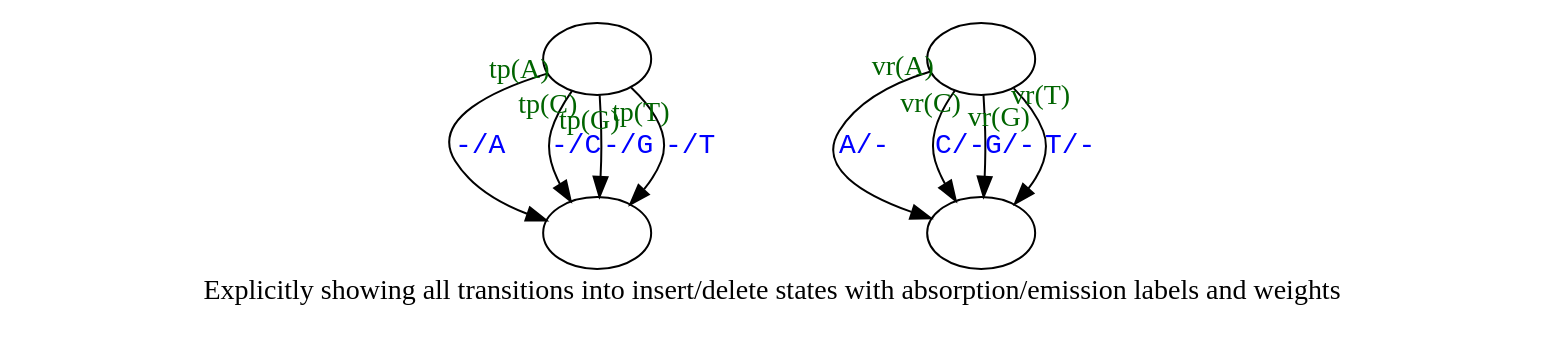
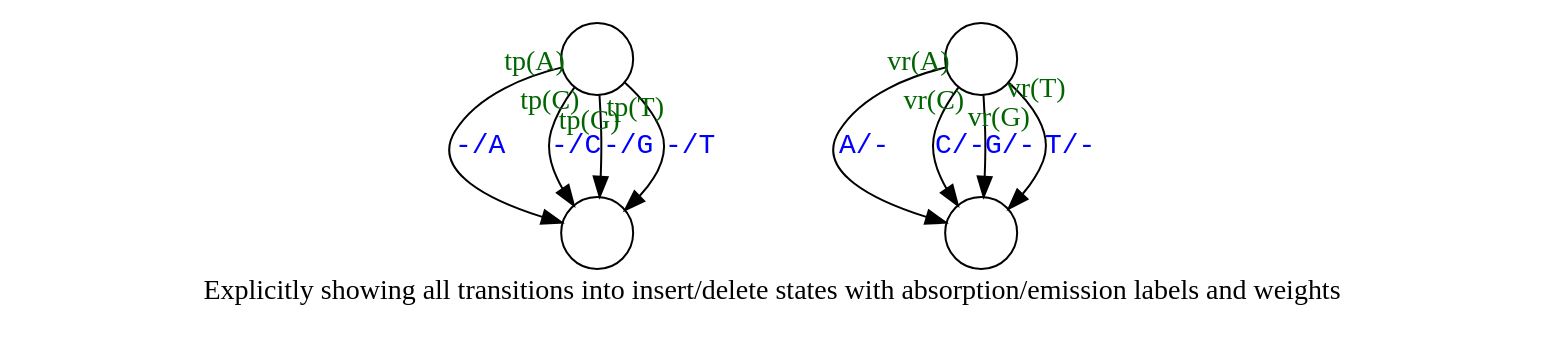
The diagram in fanned-indel.dot (ihh/transducer-tutorial), drawn with Graphviz before and after one commit. The commit also changed 7 other files, not shown here.

```diff
--- a/fanned-indel.dot
+++ b/fanned-indel.dot
@@ -1,22 +1,22 @@
 digraph G {
 
-    S [label=""];
+    S [label="", shape=circle];
 
-    I [label=""];
+    I [label="", shape=circle];
 
-    X [label=""];
+    X [label="", shape=circle];
 
-    D [label=""];
+    D [label="", shape=circle];
 
 S->I [label="-/A" taillabel="tp(A)" labeldistance=1.4 fontcolor="blue" labelfontcolor="black" fontname="Courier" labelfontname="Times" labelfontcolor="darkgreen"];
 S->I [label="-/C" taillabel="tp(C)" labeldistance=1.4 fontcolor="blue" labelfontcolor="black" fontname="Courier" labelfontname="Times" labelfontcolor="darkgreen"];
 S->I [label="-/G" taillabel="tp(G)" labeldistance=1.4 fontcolor="blue" labelfontcolor="black" fontname="Courier" labelfontname="Times" labelfontcolor="darkgreen"];
 S->I [label="-/T" taillabel="tp(T)" labeldistance=1.4 fontcolor="blue" labelfontcolor="black" fontname="Courier" labelfontname="Times" labelfontcolor="darkgreen"];
 
 X->D [label="A/-" taillabel="vr(A)" labeldistance=1.4 fontcolor="blue" labelfontcolor="black" fontname="Courier" labelfontname="Times" labelfontcolor="darkgreen"];
 X->D [label="C/-" taillabel="vr(C)" labeldistance=1.4 fontcolor="blue" labelfontcolor="black" fontname="Courier" labelfontname="Times" labelfontcolor="darkgreen"];
 X->D [label="G/-" taillabel="vr(G)" labelangle=30 labeldistance=1.4 fontcolor="blue" labelfontcolor="black" fontname="Courier" labelfontname="Times" labelfontcolor="darkgreen"];
 X->D [label="T/-" taillabel="vr(T)" labelangle=30 labeldistance=1.4 fontcolor="blue" labelfontcolor="black" fontname="Courier" labelfontname="Times" labelfontcolor="darkgreen"];
 
     label="Explicitly showing all transitions into insert/delete states with absorption/emission labels and weights";
 }
```
